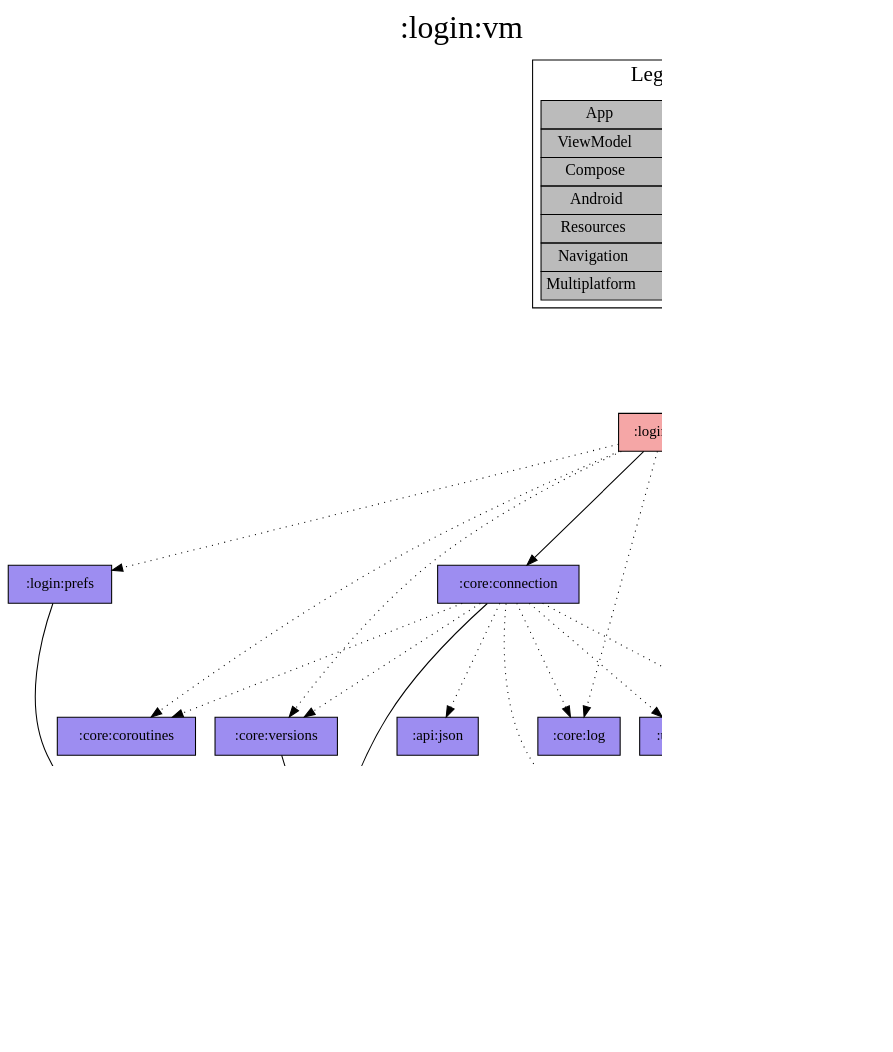
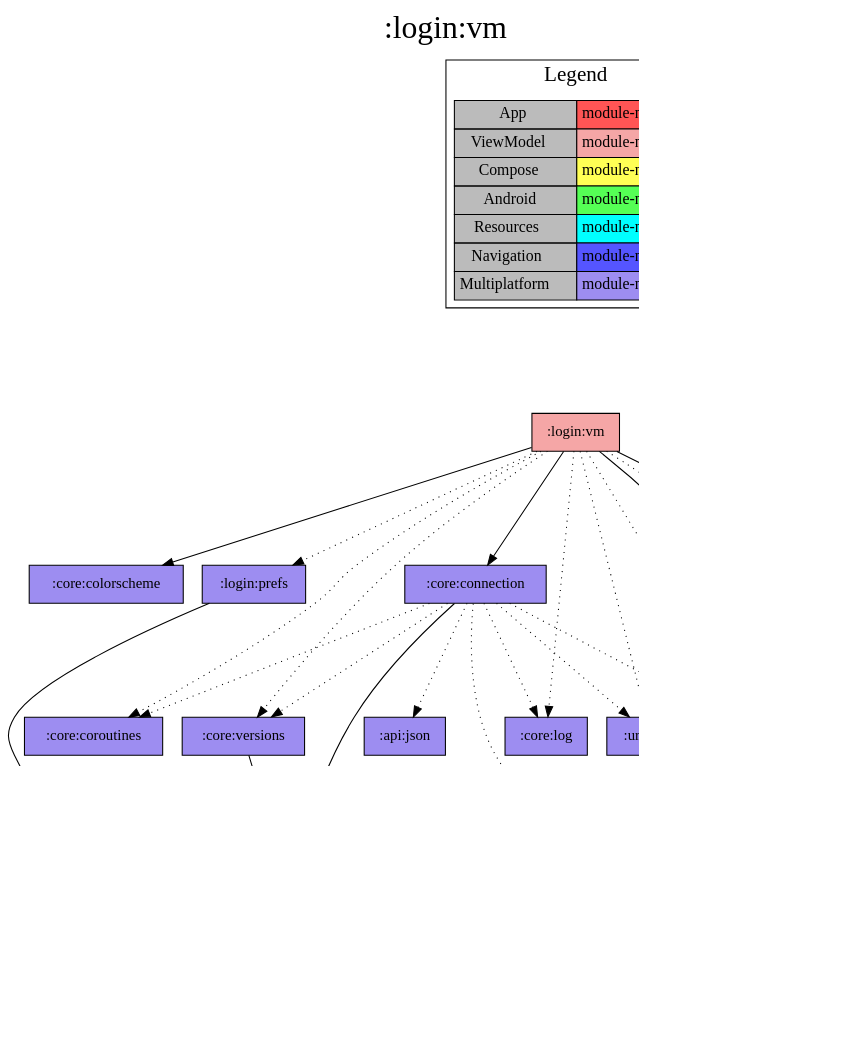
Before and after one commit to jonapoul/aktual: the diagram in modules/login/vm/project-dependency-graph.dot, drawn with Graphviz. The commit also changed 27 other files, not shown here.

```diff
--- a/modules/login/vm/project-dependency-graph.dot
+++ b/modules/login/vm/project-dependency-graph.dot
@@ -1,61 +1,63 @@
 digraph {
 edge ["dir"="forward"]
 graph ["dpi"="100","label"=":login:vm","labelloc"="t","fontsize"="30","ranksep"="1.5","rankdir"="TB"]
 node ["style"="filled"]
 ":login:vm" ["fillcolor"="#F5A6A6","shape"="box"]
+":core:colorscheme" ["fillcolor"="#9D8DF1","shape"="box"]
 ":core:connection" ["fillcolor"="#9D8DF1","shape"="box"]
 ":core:buildconfig" ["fillcolor"="#9D8DF1","shape"="box"]
 ":api:client" ["fillcolor"="#9D8DF1","shape"="box"]
 ":api:model" ["fillcolor"="#9D8DF1","shape"="box"]
 ":login:model" ["fillcolor"="#9D8DF1","shape"="box"]
 ":url:model" ["fillcolor"="#9D8DF1","shape"="box"]
 ":api:json" ["fillcolor"="#9D8DF1","shape"="box"]
 ":core:coroutines" ["fillcolor"="#9D8DF1","shape"="box"]
 ":core:log" ["fillcolor"="#9D8DF1","shape"="box"]
 ":core:versions" ["fillcolor"="#9D8DF1","shape"="box"]
 ":url:prefs" ["fillcolor"="#9D8DF1","shape"="box"]
 ":login:prefs" ["fillcolor"="#9D8DF1","shape"="box"]
 {
 edge ["dir"="none"]
 graph ["rank"="same"]
 }
+":login:vm" -> ":core:colorscheme"
 ":login:vm" -> ":core:connection"
 ":login:vm" -> ":login:model"
 ":login:vm" -> ":url:model"
 ":login:vm" -> ":api:client" ["style"="dotted"]
 ":login:vm" -> ":api:model" ["style"="dotted"]
 ":login:vm" -> ":core:coroutines" ["style"="dotted"]
 ":login:vm" -> ":core:log" ["style"="dotted"]
 ":login:vm" -> ":core:versions" ["style"="dotted"]
 ":login:vm" -> ":login:prefs" ["style"="dotted"]
 ":login:vm" -> ":url:prefs" ["style"="dotted"]
 ":core:connection" -> ":core:buildconfig"
 ":core:connection" -> ":api:client" ["style"="dotted"]
 ":core:connection" -> ":api:json" ["style"="dotted"]
 ":core:connection" -> ":core:coroutines" ["style"="dotted"]
 ":core:connection" -> ":core:log" ["style"="dotted"]
 ":core:connection" -> ":core:versions" ["style"="dotted"]
 ":core:connection" -> ":url:model" ["style"="dotted"]
 ":core:connection" -> ":url:prefs" ["style"="dotted"]
 ":api:client" -> ":api:model"
 ":api:client" -> ":url:model"
 ":api:model" -> ":login:model"
 ":core:versions" -> ":core:buildconfig"
 ":url:prefs" -> ":url:model"
 ":login:prefs" -> ":login:model"
 subgraph "cluster_legend" {
 edge ["dir"="none"]
 graph ["label"="Legend","fontsize"="20"]
 "Legend" ["style"="filled","fillcolor"="#bbbbbb","shape"="none","margin"="0","fontsize"="15","label"=<
 <TABLE BORDER="0" CELLBORDER="1" CELLSPACING="0" CELLPADDING="4">
 <TR><TD>App</TD><TD BGCOLOR="#FF5555">module-name</TD></TR>
 <TR><TD>ViewModel</TD><TD BGCOLOR="#F5A6A6">module-name</TD></TR>
 <TR><TD>Compose</TD><TD BGCOLOR="#FFFF55">module-name</TD></TR>
 <TR><TD>Android</TD><TD BGCOLOR="#55FF55">module-name</TD></TR>
 <TR><TD>Resources</TD><TD BGCOLOR="#00FFFF">module-name</TD></TR>
 <TR><TD>Navigation</TD><TD BGCOLOR="#5555FF">module-name</TD></TR>
 <TR><TD>Multiplatform</TD><TD BGCOLOR="#9D8DF1">module-name</TD></TR>
 </TABLE>
 >]
 } -> ":login:vm" ["style"="invis"]
 }
```
